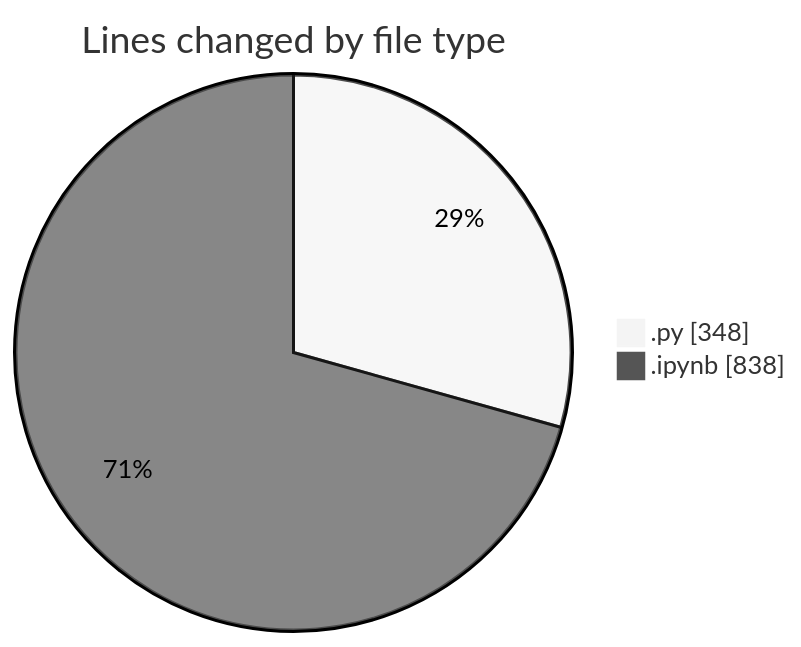
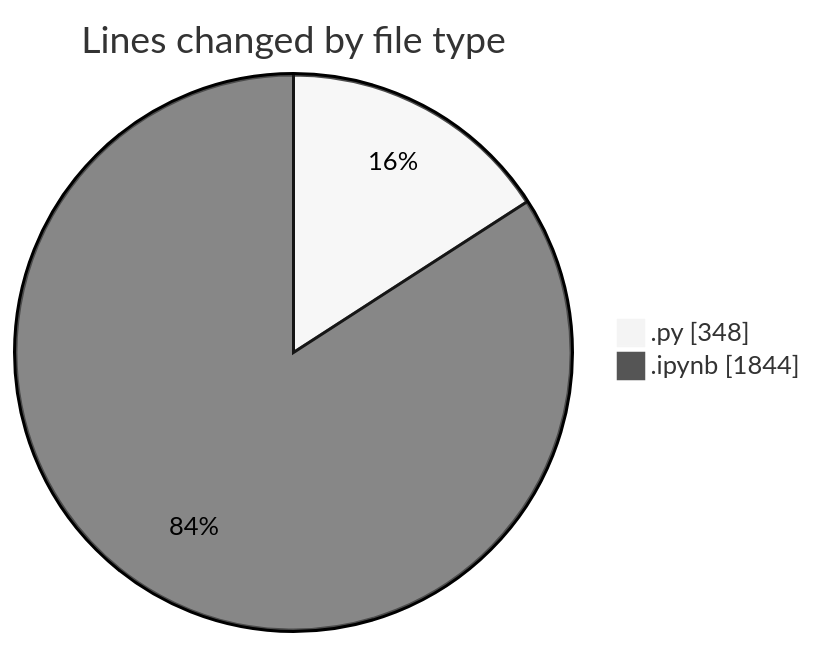
The first of 2 diagrams in 2025-03-21/myws__workspace_/README.md (MatusMokan/code-tracking), drawn with Mermaid (neutral theme) before and after one commit. The commit also changed other lines of this file and 1 other file, not shown here.

````diff
--- a/2025-03-21/myws__workspace_/README.md
+++ b/2025-03-21/myws__workspace_/README.md
@@ -21,6 +21,6 @@
 ```mermaid
 pie showData
 title Lines changed by file type
 ".py" : 348
-".ipynb" : 838
+".ipynb" : 1844
 ```
````
